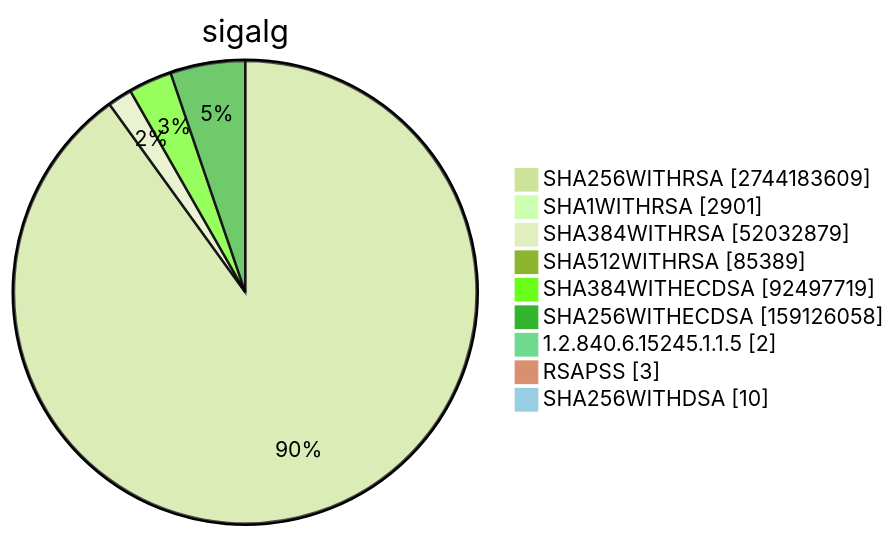
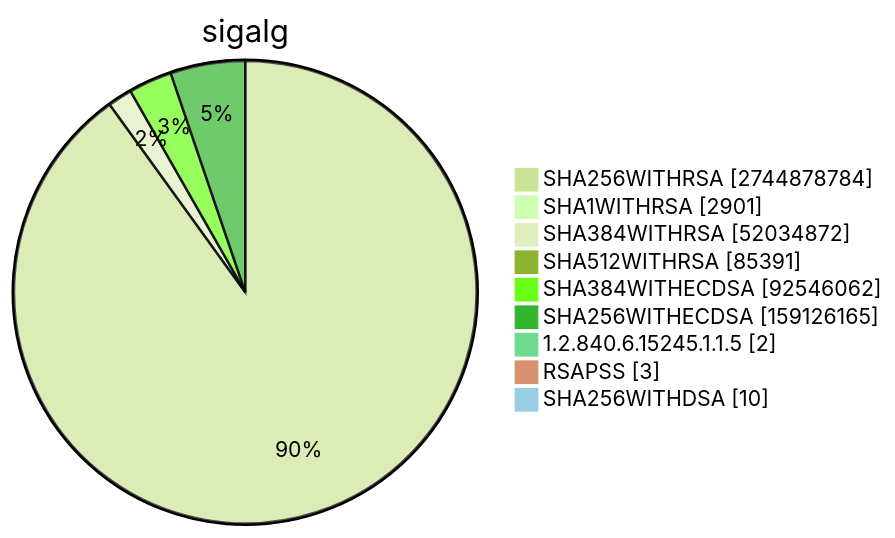
Before and after one commit to christiankrug/ctmonitor_visualization: diagram 15 of 15 in TOTAL/README.md, drawn with Mermaid (forest theme). The commit also changed other lines of this file, not shown here.

````diff
--- a/TOTAL/README.md
+++ b/TOTAL/README.md
@@ -6204,13 +6204,13 @@
 ```mermaid
 pie showData
 title sigalg
-"SHA256WITHRSA" :2744183609
+"SHA256WITHRSA" :2744878784
 "SHA1WITHRSA" :2901
-"SHA384WITHRSA" :52032879
-"SHA512WITHRSA" :85389
-"SHA384WITHECDSA" :92497719
-"SHA256WITHECDSA" :159126058
+"SHA384WITHRSA" :52034872
+"SHA512WITHRSA" :85391
+"SHA384WITHECDSA" :92546062
+"SHA256WITHECDSA" :159126165
 "1.2.840.6.15245.1.1.5" :2
 "RSAPSS" :3
 "SHA256WITHDSA" :10
 ```
````
